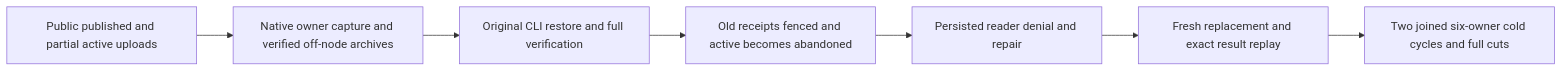
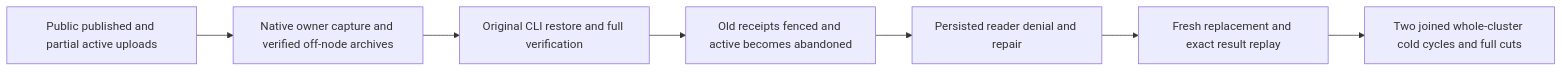
Before and after one commit to managedcode/KeyLoad: the diagram in docs/Features/BlobStorage/NativeMultipartArchiveRestore.md, drawn with Mermaid. The commit also changed other lines of this file and 7356 other files, not shown here.

````diff
--- a/docs/Features/BlobStorage/NativeMultipartArchiveRestore.md
+++ b/docs/Features/BlobStorage/NativeMultipartArchiveRestore.md
@@ -15,9 +15,9 @@
 ```mermaid
 flowchart LR
  P[Public published and partial active uploads] --> A[Native owner capture and verified off-node archives]
  A --> R[Original CLI restore and full verification]
  R --> F[Old receipts fenced and active becomes abandoned]
  F --> G[Persisted reader denial and repair]
  G --> H[Fresh replacement and exact result replay]
- H --> C[Two joined six-owner cold cycles and full cuts]
+ H --> C[Two joined whole-cluster cold cycles and full cuts]
 ```
````
